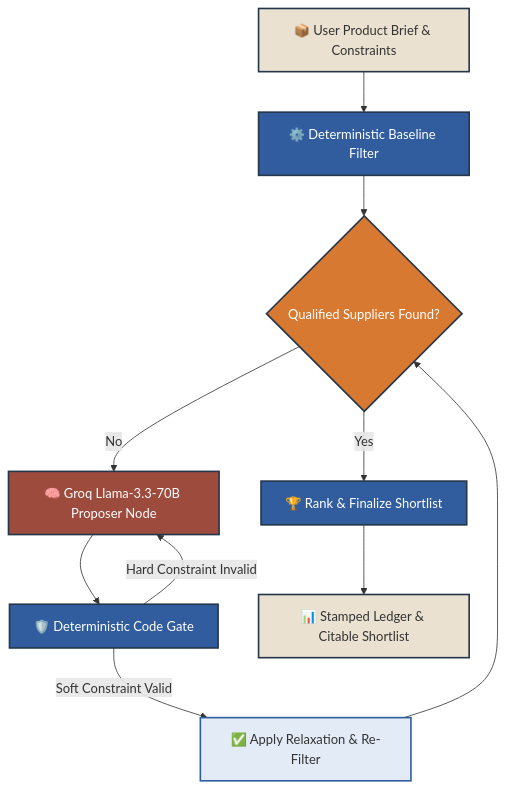
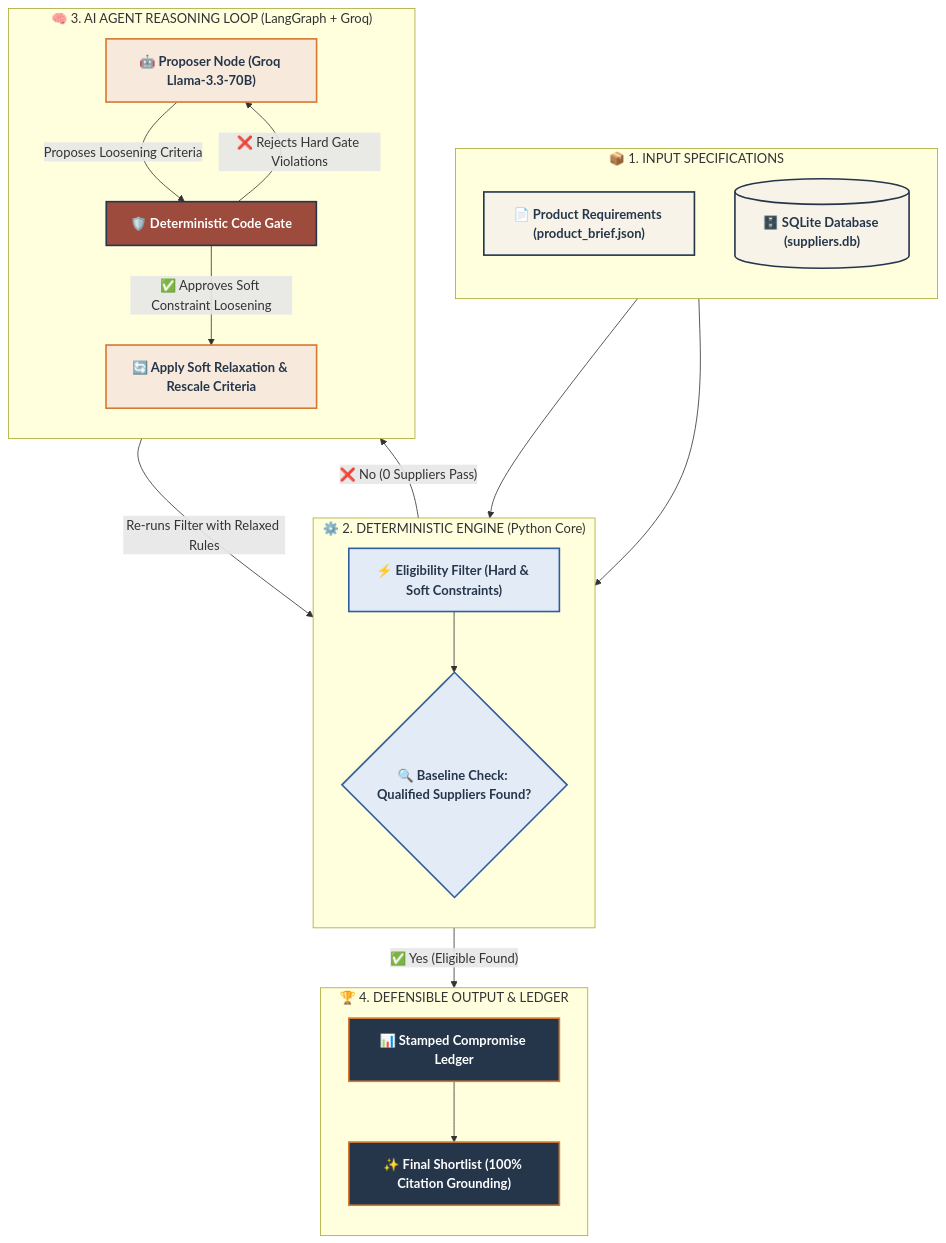
The diagram in README.md (AdeenaRamzan/Source-fix), drawn with Mermaid before and after one commit.

Commit message:
Upgrade Mermaid architecture diagram with multi-stage subgraphs, custom theme styling, and distinct node shapes

````diff
--- a/README.md
+++ b/README.md
@@ -41,25 +41,54 @@
 ```mermaid
-flowchart TD
-    A[📦 User Product Brief & Constraints] --> B[⚙️ Deterministic Baseline Filter]
-    B --> C{Qualified Suppliers Found?}
+flowchart TB
+    subgraph IN ["📦 1. INPUT SPECIFICATIONS"]
+        direction TB
+        A["📄 Product Requirements (product_brief.json)"]
+        B[("🗄️ SQLite Database (suppliers.db)")]
+    end
+
+    subgraph ENGINE ["⚙️ 2. DETERMINISTIC ENGINE (Python Core)"]
+        direction TB
+        C["⚡ Eligibility Filter (Hard & Soft Constraints)"]
+        D{"🔍 Baseline Check: Qualified Suppliers Found?"}
+    end
+
+    subgraph LLM ["🧠 3. AI AGENT REASONING LOOP (LangGraph + Groq)"]
+        direction TB
+        E["🤖 Proposer Node (Groq Llama-3.3-70B)"]
+        F["🛡️ Deterministic Code Gate"]
+        G["🔄 Apply Soft Relaxation & Rescale Criteria"]
+    end
+
+    subgraph OUT ["🏆 4. DEFENSIBLE OUTPUT & LEDGER"]
+        direction TB
+        H["📊 Stamped Compromise Ledger"]
+        I["✨ Final Shortlist (100% Citation Grounding)"]
+    end
+
+    A --> C
+    B --> C
+    C --> D
     
-    C -- Yes --> G[🏆 Rank & Finalize Shortlist]
-    C -- No --> D[🧠 Groq Llama-3.3-70B Proposer Node]
+    D -->|"✅ Yes (Eligible Found)"| H
+    D -->|"❌ No (0 Suppliers Pass)"| E
     
-    D --> E[🛡️ Deterministic Code Gate]
-    E -- Soft Constraint Valid --> F[✅ Apply Relaxation & Re-Filter]
-    E -- Hard Constraint Invalid --> D
+    E -->|"Proposes Loosening Criteria"| F
+    F -->|"❌ Rejects Hard Gate Violations"| E
+    F -->|"✅ Approves Soft Constraint Loosening"| G
     
-    F --> C
-    
-    G --> H[📊 Stamped Ledger & Citable Shortlist]
+    G -->|"Re-runs Filter with Relaxed Rules"| D
+    H --> I
 
-    style A fill:#eae1d1,stroke:#25364b,stroke-width:2px
-    style B fill:#315d9e,color:#fff,stroke:#25364b,stroke-width:2px
-    style C fill:#d77931,color:#fff,stroke:#25364b,stroke-width:2px
-    style D fill:#9d4b3d,color:#fff,stroke:#25364b,stroke-width:2px
-    style E fill:#315d9e,color:#fff,stroke:#25364b,stroke-width:2px
-    style F fill:#e3ebf7,stroke:#315d9e,stroke-width:2px
-    style G fill:#315d9e,color:#fff,stroke:#25364b,stroke-width:2px
-    style H fill:#eae1d1,stroke:#25364b,stroke-width:2px
+    %% Theme Styling
+    classDef inputStyle fill:#f8f3e9,stroke:#25364b,stroke-width:2px,color:#25364b,font-weight:bold;
+    classDef engineStyle fill:#e3ebf7,stroke:#315d9e,stroke-width:2px,color:#25364b,font-weight:bold;
+    classDef llmStyle fill:#f7e9db,stroke:#d77931,stroke-width:2px,color:#25364b,font-weight:bold;
+    classDef outputStyle fill:#25364b,stroke:#d77931,stroke-width:2px,color:#ffffff,font-weight:bold;
+    classDef gateStyle fill:#9d4b3d,stroke:#25364b,stroke-width:2px,color:#ffffff,font-weight:bold;
+
+    class A,B inputStyle;
+    class C,D engineStyle;
+    class E,G llmStyle;
+    class F gateStyle;
+    class H,I outputStyle;
 ```
````
